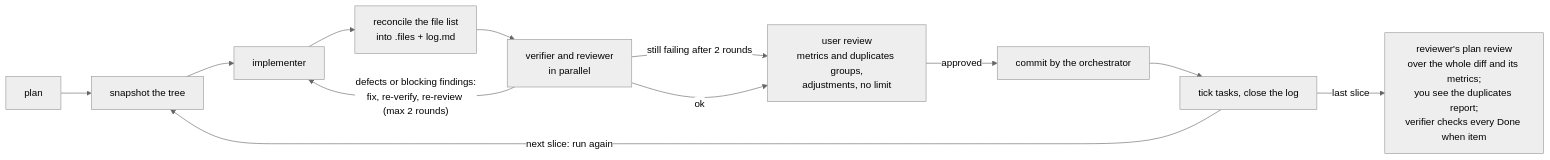
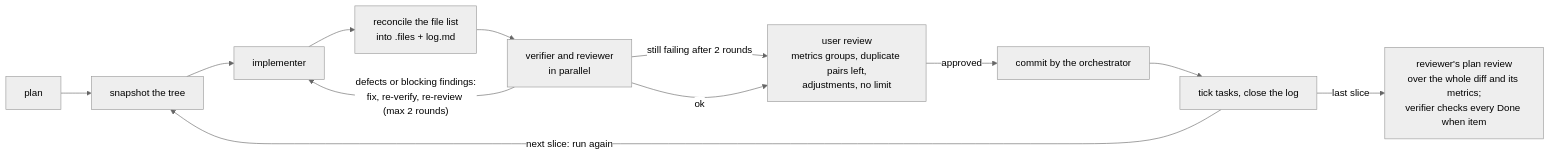
One commit to felipearpa/belay changed the second of 2 diagrams in docs/structure.md. Above: the diagram before and after it, drawn with Mermaid (neutral theme). The commit also changed other lines of this file and 7 other files, not shown here.

First line of the commit message:
Show only the copies a slice left, at its review

````diff
--- a/docs/structure.md
+++ b/docs/structure.md
@@ -128,14 +128,14 @@
 ```mermaid
 flowchart LR
   P["plan"] --> S["snapshot the tree"]
   S --> I["implementer"]
   I --> R["reconcile the file list<br/>into .files + log.md"]
   R --> V["verifier and reviewer<br/>in parallel"]
   V -- "defects or blocking findings:<br/>fix, re-verify, re-review (max 2 rounds)" --> I
   V -- "still failing after 2 rounds" --> UR
-  V -- "ok" --> UR["user review<br/>metrics and duplicates groups,<br/>adjustments, no limit"]
+  V -- "ok" --> UR["user review<br/>metrics groups, duplicate pairs left,<br/>adjustments, no limit"]
   UR -- "approved" --> C["commit by the orchestrator"]
   C --> T["tick tasks, close the log"]
   T -- "next slice: run again" --> S
-  T -- "last slice" --> PR["reviewer's plan review<br/>over the whole diff and its metrics;<br/>you see the duplicates report;<br/>verifier checks every Done when item"]
+  T -- "last slice" --> PR["reviewer's plan review<br/>over the whole diff and its metrics;<br/>verifier checks every Done when item"]
 ```
````
